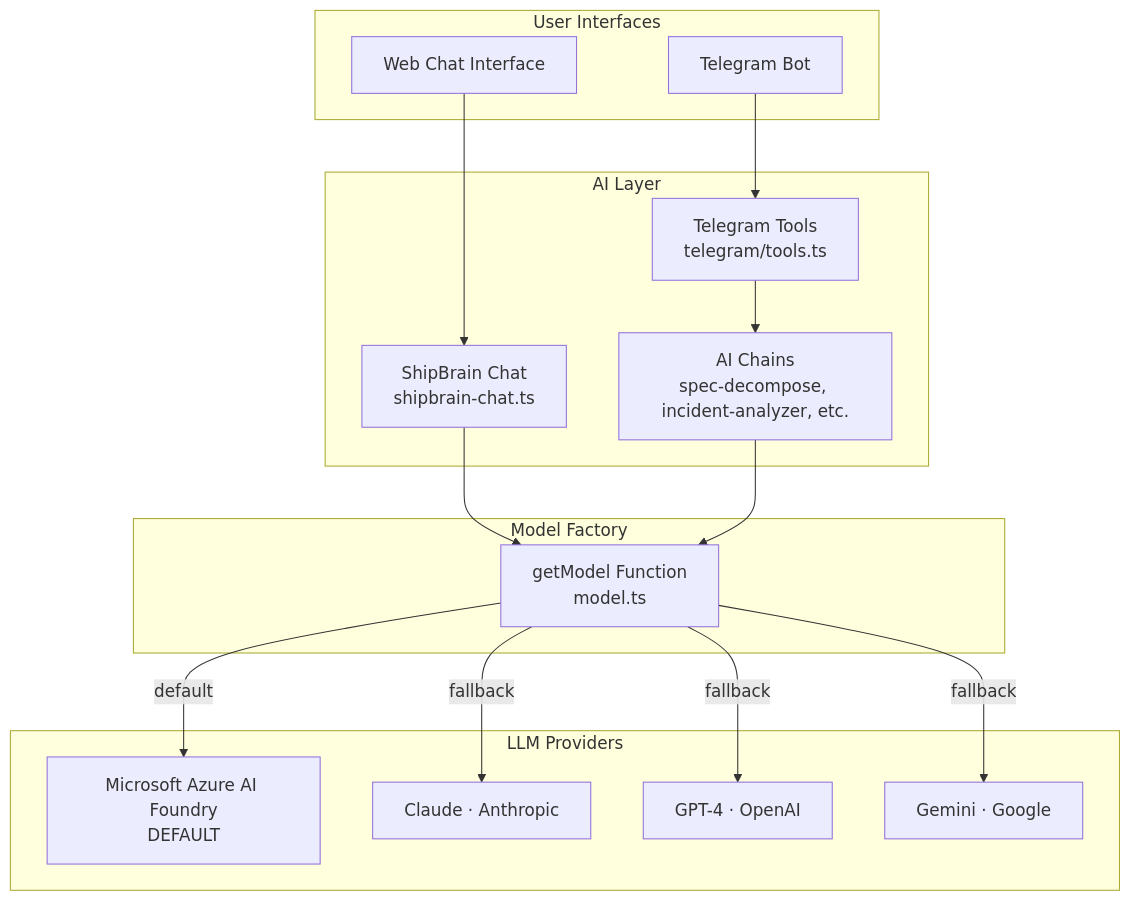
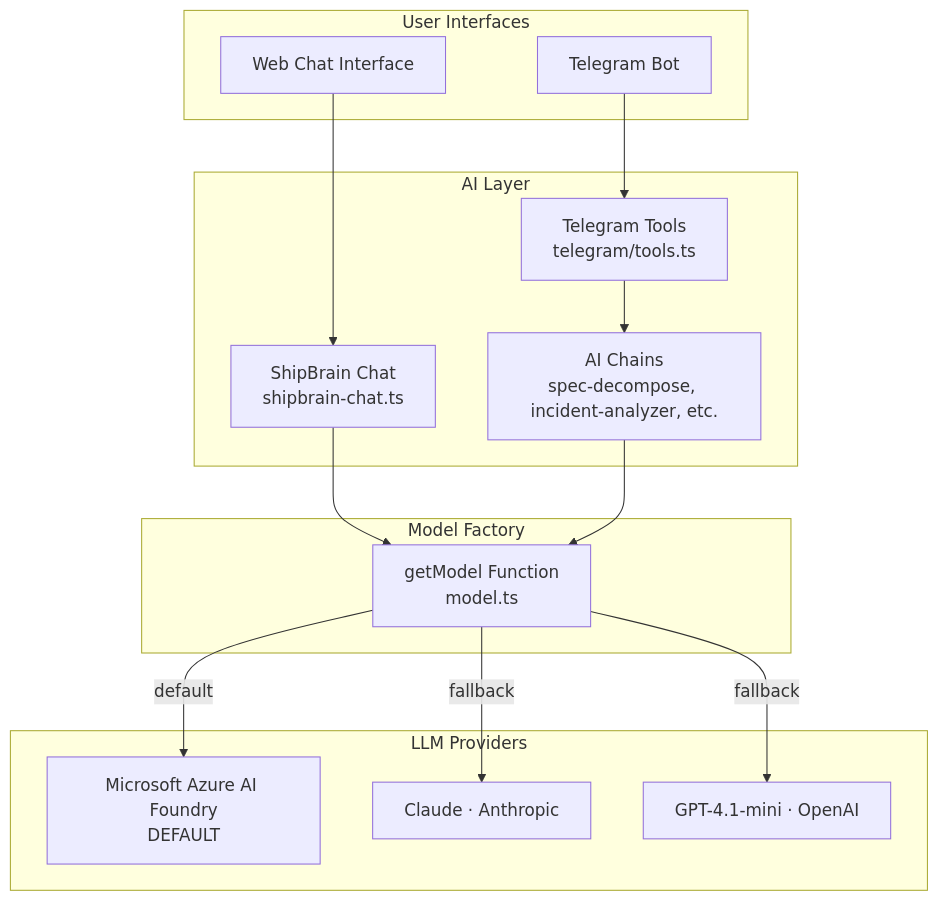
Diagram 14 of 18 in SHIPBRAIN_PRD_FINAL.md (JeevantheDev/ShipBrain), drawn with Mermaid before and after one commit. The commit also changed other lines of this file, not shown here.

First line of the commit message:
Update PRD: Remove Google/Gemini, add Supabase GitHub Auth, fix model name

````diff
--- a/SHIPBRAIN_PRD_FINAL.md
+++ b/SHIPBRAIN_PRD_FINAL.md
@@ -604,34 +605,32 @@
 ```mermaid
 flowchart TB
     subgraph "User Interfaces"
         CHAT[Web Chat Interface]
         TG[Telegram Bot]
     end
 
     subgraph "AI Layer"
         SC[ShipBrain Chat<br/>shipbrain-chat.ts]
         TOOLS[Telegram Tools<br/>telegram/tools.ts]
         CHAINS[AI Chains<br/>spec-decompose, incident-analyzer, etc.]
     end
 
     subgraph "Model Factory"
         MF[getModel Function<br/>model.ts]
     end
 
     subgraph "LLM Providers"
         AF[Microsoft Azure AI Foundry<br/>DEFAULT]
         C[Claude · Anthropic]
-        G[GPT-4 · OpenAI]
-        GE[Gemini · Google]
+        G[GPT-4.1-mini · OpenAI]
     end
 
     CHAT --> SC
     TG --> TOOLS
     SC --> MF
     TOOLS --> CHAINS
     CHAINS --> MF
     MF -->|default| AF
     MF -->|fallback| C
     MF -->|fallback| G
-    MF -->|fallback| GE
 ```
````
